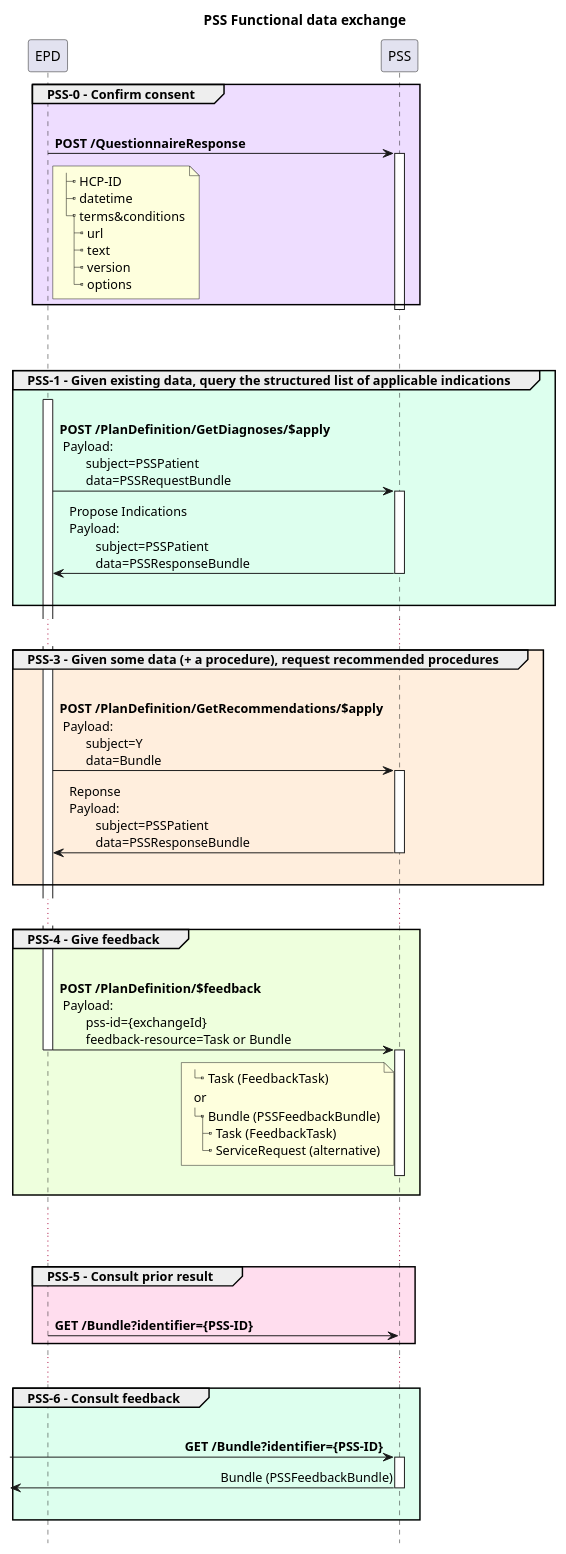
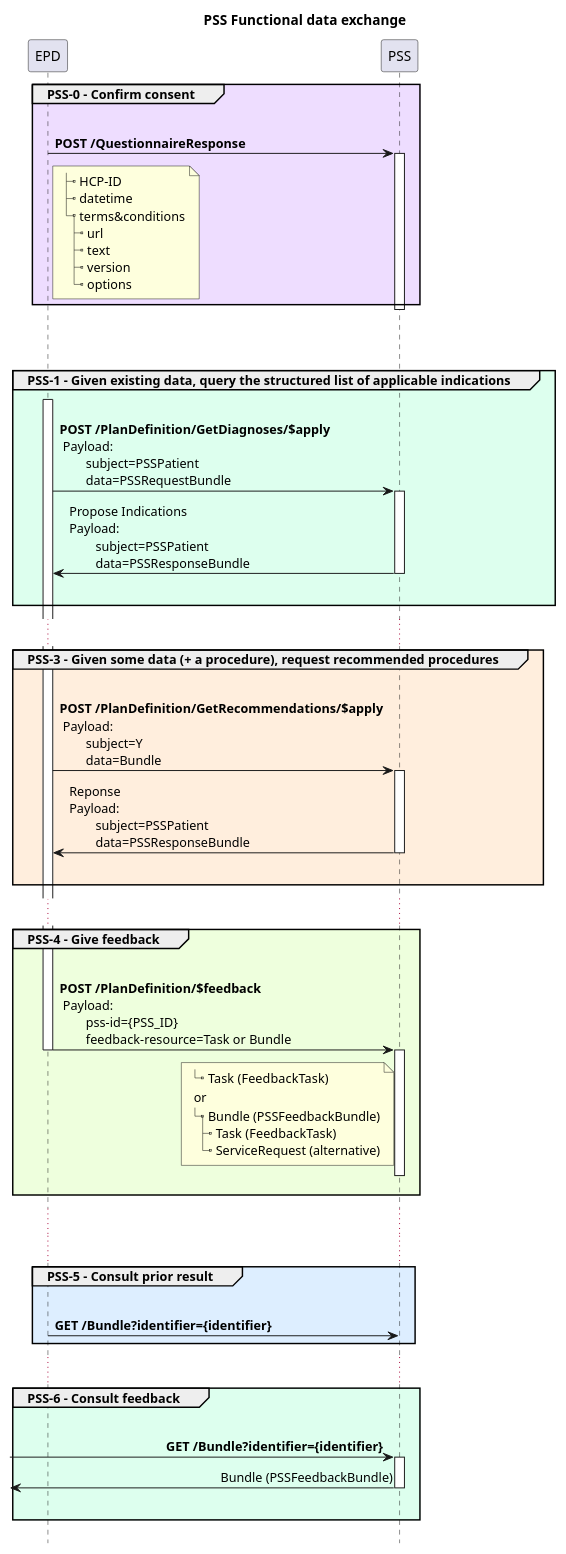
The diagram in input/images-source/pss-flow-radiology.plantuml (hl7-be/pss), drawn with PlantUML before and after one commit. The commit also changed 2 other files, not shown here.

Commit message:
cleanup diagrams
#139

```diff
--- a/input/images-source/pss-flow-radiology.plantuml
+++ b/input/images-source/pss-flow-radiology.plantuml
@@ -1,96 +1,96 @@
 @startuml
 !pragma teoz true
 Title PSS Functional data exchange
 hide footbox
 
 group #edf PSS-0 - Confirm consent
         EPD -> PSS : \n**POST /QuestionnaireResponse**
         activate PSS
         note right of EPD
 |_ HCP-ID
 |_ datetime
 |_ terms&conditions
   |_ url
   |_ text
   |_ version
   |_ options
         end note
         deactivate EPD
         deactivate PSS
 end
 |||
 |||
 group #DFE PSS-1 - Given existing data, query the structured list of applicable indications
         activate EPD
         EPD -> PSS : \n**POST /PlanDefinition/GetDiagnoses/$apply**\n Payload:\n        subject=PSSPatient\n        data=PSSRequestBundle
 '        & PSS -> QSI 
 '        & PSS -[hidden]-> QSI : "                                      "
         'PSS -> QSI : GET /indictions
 
         activate PSS
 '        activate QSI
 '        QSI -> PSS 
         PSS -> EPD: Propose Indications \nPayload:\n        subject=PSSPatient\n        data=PSSResponseBundle
         deactivate PSS
 '        deactivate QSI
         |||
 end
 
 ...
 group #fed PSS-3 - Given some data (+ a procedure), request recommended procedures
         EPD -> PSS : \n**POST /PlanDefinition/GetRecommendations/$apply**\n Payload:\n        subject=Y\n        data=Bundle
 '        & PSS --> QSI 
 '        & PSS -[hidden]-> QSI : "                                      "
 
         activate PSS
 '        activate QSI
 '        QSI --> PSS 
         PSS -> EPD: Reponse\nPayload:\n        subject=PSSPatient\n        data=PSSResponseBundle
         deactivate PSS
 '        deactivate QSI
         |||
 
 end
 ...
 group #efd PSS-4 - Give feedback
-        EPD -> PSS : \n**POST /PlanDefinition/$feedback**\n Payload:\n        pss-id={exchangeId}\n        feedback-resource=Task or Bundle
+        EPD -> PSS : \n**POST /PlanDefinition/$feedback**\n Payload:\n        pss-id={PSS_ID}\n        feedback-resource=Task or Bundle
         note left of PSS
 |_ Task (FeedbackTask)
   or
 |_ Bundle (PSSFeedbackBundle)
   |_ Task (FeedbackTask)
   |_ ServiceRequest (alternative)
         end note
         deactivate EPD
         activate PSS
 '        & PSS -[hidden]-> QSI : "                                      "
         deactivate PSS
         |||
 
 end
 
 ...
 ...
 
-group #fde PSS-5 - Consult prior result
-        EPD -> PSS : \n**GET /Bundle?identifier={PSS-ID}**
+group #def PSS-5 - Consult prior result
+        EPD -> PSS : \n**GET /Bundle?identifier={identifier}**
 '        & PSS -[hidden]-> QSI : "                                      "
 '        activate EPD
 end
 ...
 
 group #dfe PSS-6 - Consult feedback
 '        ADM -> PSS : \n**GET /Bundle?identifier={PSS-ID}**\n**&_profile=.../PSSFeedbackBundle**
-         -> PSS : \n**GET /Bundle?identifier={PSS-ID}**
+         -> PSS : \n**GET /Bundle?identifier={identifier}**
         activate PSS
         <- PSS   : Bundle (PSSFeedbackBundle)
 '        & PSS -[hidden]-> QSI : "                                      "
         deactivate PSS
         |||
 
 '        activate EPD
 end
 
 
 
 @enduml
```
